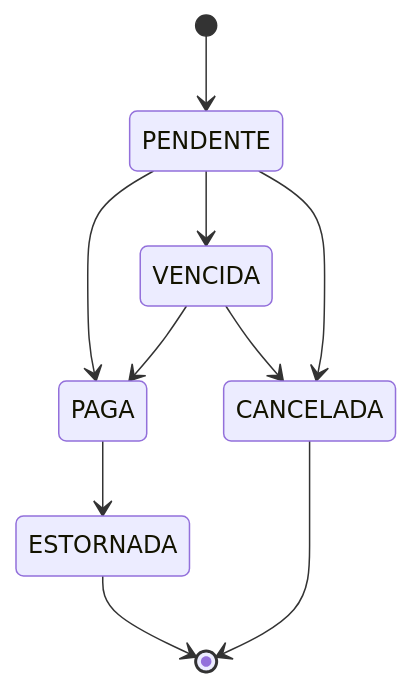
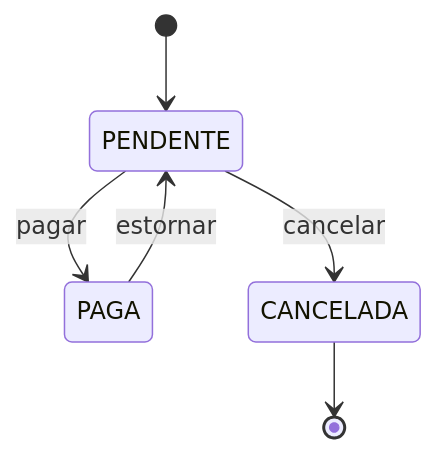
One commit to ryan-victor-dev/academia-gestao changed the diagram in README.md. Above: the diagram before and after it, drawn with Mermaid. The commit also changed other lines of this file and 4 other files, not shown here.

````diff
--- a/README.md
+++ b/README.md
@@ -47,12 +48,8 @@
 ```mermaid
 stateDiagram-v2
     [*] --> PENDENTE
-    PENDENTE --> PAGA
-    PENDENTE --> VENCIDA
-    PENDENTE --> CANCELADA
-    VENCIDA --> PAGA
-    VENCIDA --> CANCELADA
-    PAGA --> ESTORNADA
-    ESTORNADA --> [*]
+    PENDENTE --> PAGA: pagar
+    PAGA --> PENDENTE: estornar
+    PENDENTE --> CANCELADA: cancelar
     CANCELADA --> [*]
 ```
````
